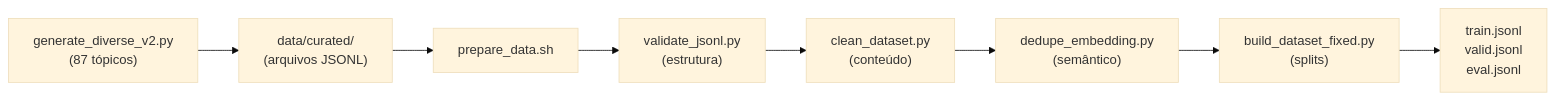
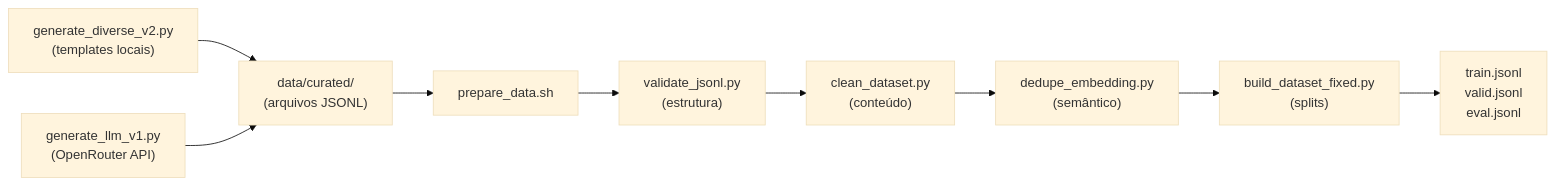
One commit to otavio-lemos/olia-2-oci changed the second of 2 diagrams in README.md. Above: the diagram before and after it, drawn with Mermaid (base theme). The commit also changed other lines of this file, not shown here.

Commit message:
docs: adiciona passo de geração de dataset via LLM (OpenRouter) no README

````diff
--- a/README.md
+++ b/README.md
@@ -145,10 +146,11 @@
 ```mermaid
 flowchart LR
-    A["generate_diverse_v2.py\n(87 tópicos)"] --> B["data/curated/\n(arquivos JSONL)"]
-    B --> C["prepare_data.sh"]
-    C --> D["validate_jsonl.py\n(estrutura)"]
-    D --> E["clean_dataset.py\n(conteúdo)"]
-    E --> F["dedupe_embedding.py\n(semântico)"]
-    F --> G["build_dataset_fixed.py\n(splits)"]
-    G --> H["train.jsonl\nvalid.jsonl\neval.jsonl"]
+    A1["generate_diverse_v2.py\n(templates locais)"] --> C
+    A2["generate_llm_v1.py\n(OpenRouter API)"] --> C
+    C["data/curated/\n(arquivos JSONL)"] --> D["prepare_data.sh"]
+    D --> E["validate_jsonl.py\n(estrutura)"]
+    E --> F["clean_dataset.py\n(conteúdo)"]
+    F --> G["dedupe_embedding.py\n(semântico)"]
+    G --> H["build_dataset_fixed.py\n(splits)"]
+    H --> I["train.jsonl\nvalid.jsonl\neval.jsonl"]
 ```
````
